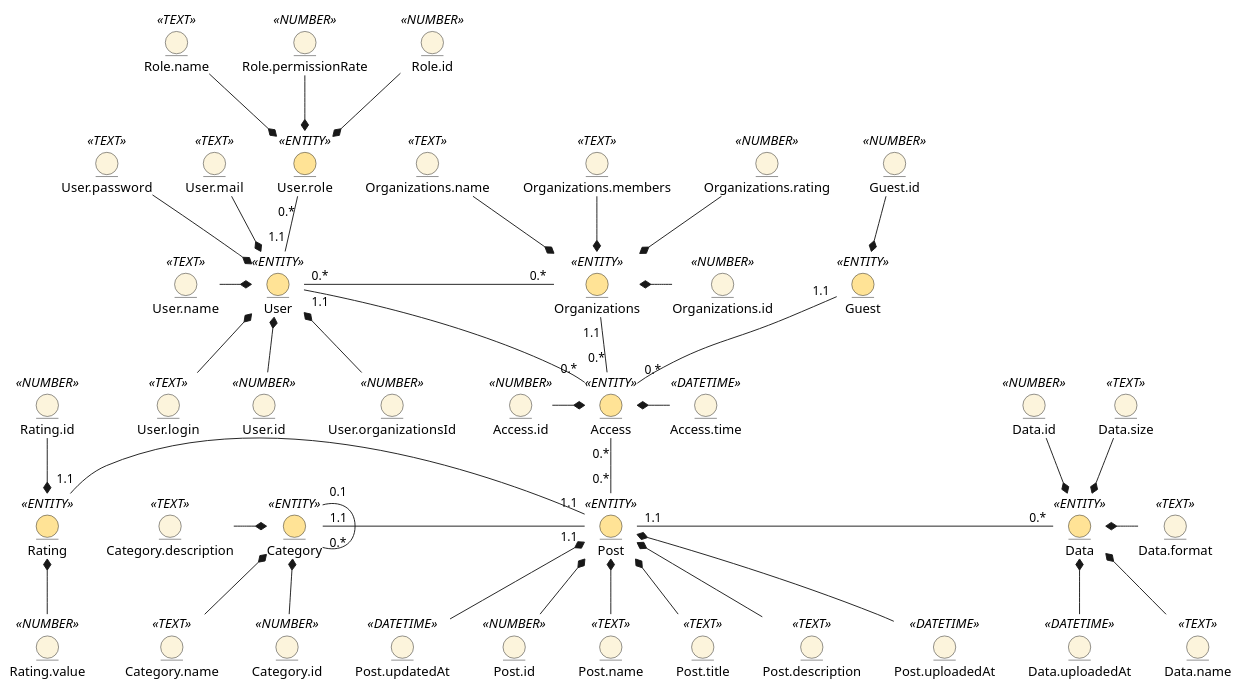
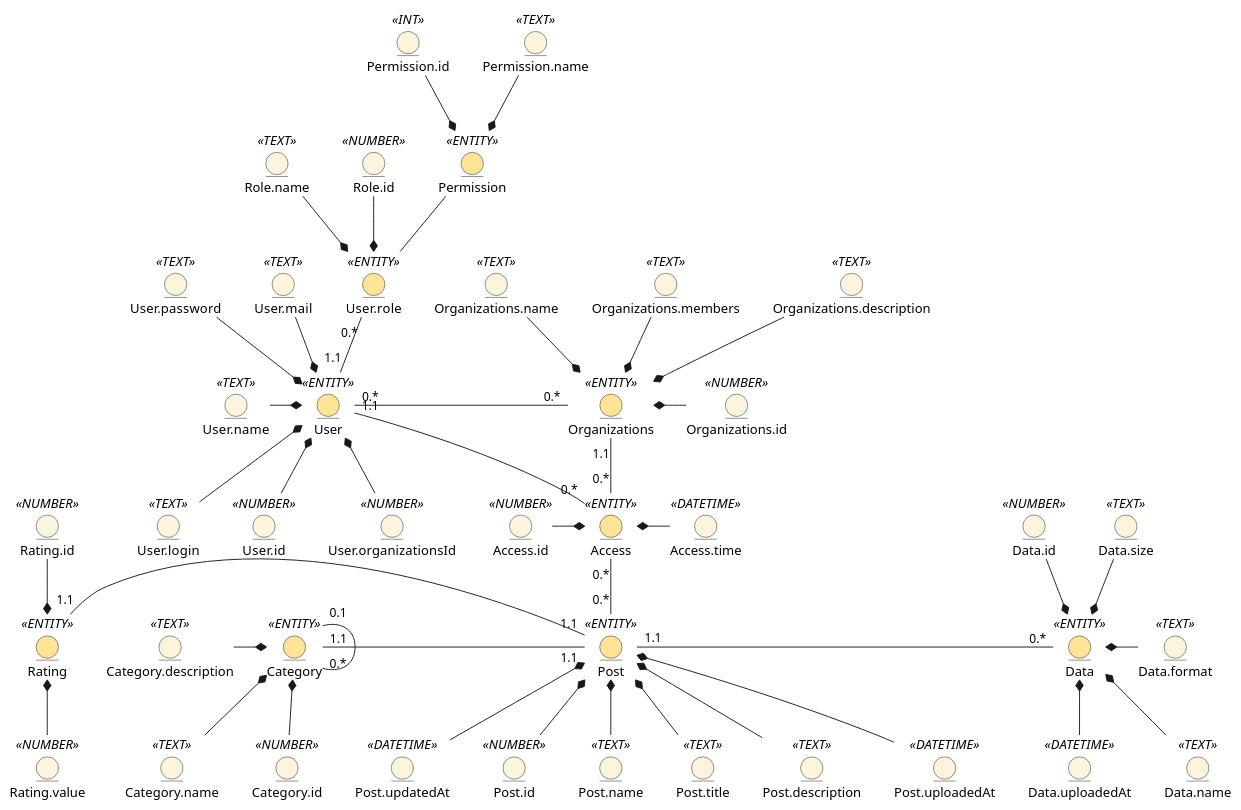
One commit to notnuff/edu_db_labs-IM-21 changed the first of 2 diagrams in docs/design/README.md. Above: the diagram before and after it, drawn with PlantUML.

Commit message:
Add new entities and others to business model

```diff
--- a/docs/design/README.md
+++ b/docs/design/README.md
@@ -26,36 +26,36 @@
 User.organizationsId -u-* User
 
 entity Role.name <<TEXT>> #fcf4dc
-entity Role.permissionRate <<NUMBER>> #fcf4dc
 entity Role.id <<NUMBER>> #fcf4dc
 
 Role.name -d-* User.role
-Role.permissionRate -d-* User.role
 Role.id -d-* User.role
 
-entity Guest <<ENTITY>> #ffe396
-entity Guest.id <<NUMBER>> #fcf4dc
+entity Permission <<ENTITY>> #ffe396
+entity Permission.id <<INT>> #fcf4dc
+entity Permission.name <<TEXT>> #fcf4dc
 
-Guest.id -d-* Guest
+Permission -d- User.role
+Permission.id -d-* Permission
+Permission.name -d-* Permission
 
 entity Organizations <<ENTITY>> #ffe396
 entity Organizations.id <<NUMBER>> #fcf4dc
 entity Organizations.name <<TEXT>> #fcf4dc
 entity Organizations.members <<TEXT>> #fcf4dc
-entity Organizations.rating <<NUMBER>> #fcf4dc
+entity Organizations.description <<TEXT>> #fcf4dc
 
 Organizations "0.*"-l-"0.*" User
 Organizations.id -l-* Organizations
 Organizations.name -d-* Organizations
 Organizations.members -d-* Organizations
-Organizations.rating -d-* Organizations
+Organizations.description -d-* Organizations
 
 entity Access <<ENTITY>> #ffe396
 entity Access.id <<NUMBER>> #fcf4dc
 entity Access.time <<DATETIME>> #fcf4dc
 
 User "1.1"-d-"0.*" Access
-Guest "1.1"-d-"0.*" Access
 Organizations "1.1"-d-"0.*" Access
 Access.id -r-* Access
 Access.time -l-* Access
```
